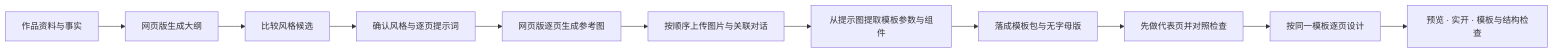
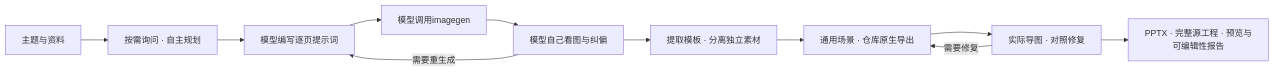
The diagram in README.md (Meyt1n/web-to-editable-slides), drawn with Mermaid before and after one commit. The commit also changed other lines of this file and 55 other files, not shown here.

````diff
--- a/README.md
+++ b/README.md
@@ -23,13 +27,13 @@
 ```mermaid
 flowchart LR
-    A[作品资料与事实] --> B[网页版生成大纲]
-    B --> C[比较风格候选]
-    C --> D[确认风格与逐页提示词]
-    D --> E[网页版逐页生成参考图]
-    E --> F[按顺序上传图片与关联对话]
-    F --> G[从提示图提取模板参数与组件]
-    G --> H[落成模板包与无字母版]
-    H --> I[先做代表页并对照检查]
-    I --> J[按同一模板逐页设计]
-    J --> K[预览 · 实开 · 模板与结构检查]
+    A[主题与资料] --> B[按需询问 · 自主规划]
+    B --> C[模型编写逐页提示词]
+    C --> D[模型调用imagegen]
+    D --> E[模型自己看图与纠偏]
+    E --> F[提取模板 · 分离独立素材]
+    F --> G[通用场景 · 仓库原生导出]
+    G --> H[实际导图 · 对照修复]
+    H --> I[PPTX · 完整源工程 · 预览与可编辑性报告]
+    E -->|需要重生成| C
+    H -->|需要修复| G
 ```
````
